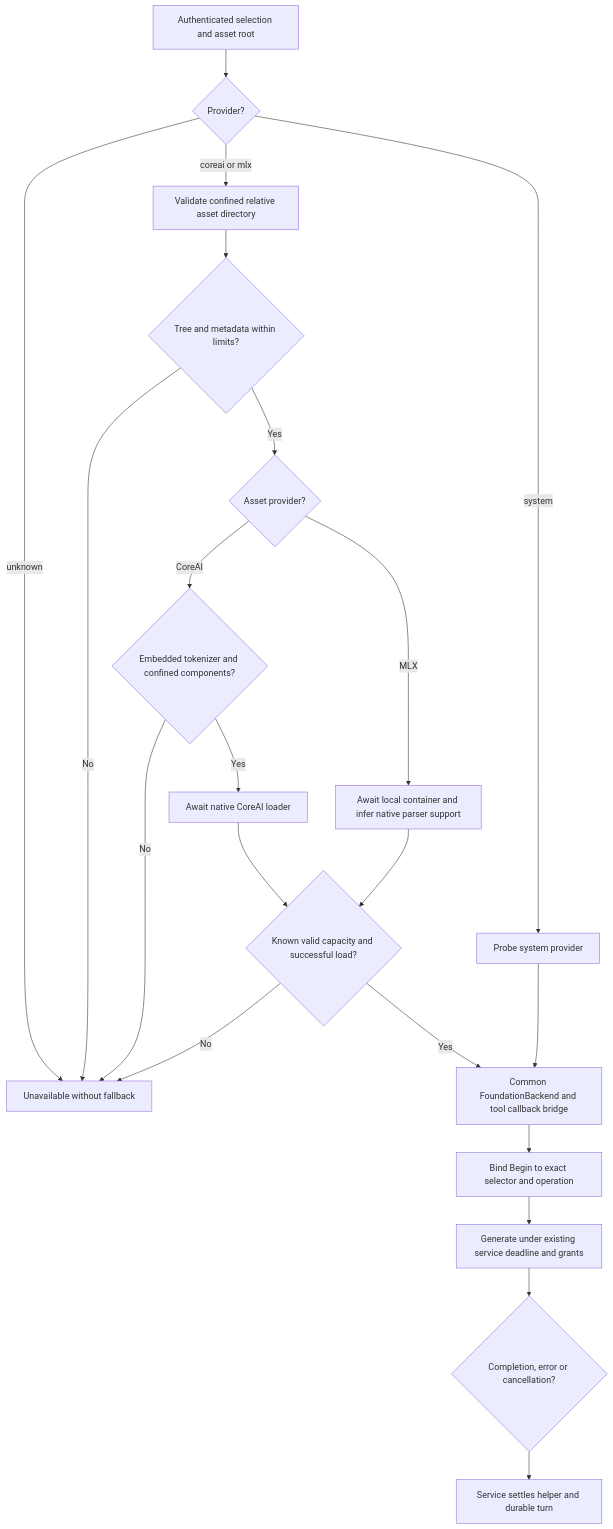
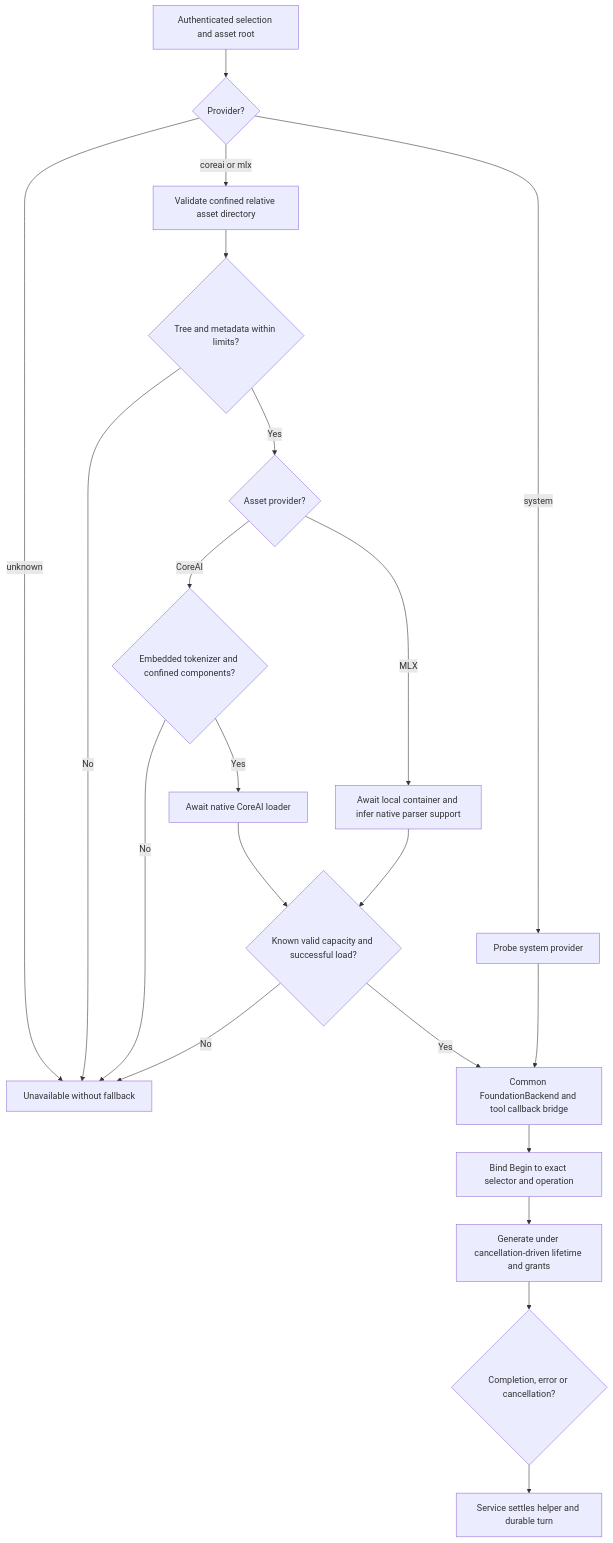
Before and after one commit to pidster/asura: the second of 8 diagrams in docs/designs/model-provider-integration.md, drawn with Mermaid. The commit also changed other lines of this file and 39 other files, not shown here.

````diff
--- a/docs/designs/model-provider-integration.md
+++ b/docs/designs/model-provider-integration.md
@@ -247,23 +256,23 @@
 ```mermaid
 flowchart TD
     Hello["Authenticated selection and asset root"] --> Select{"Provider?"}
     Select -->|system| System["Probe system provider"]
     Select -->|coreai or mlx| Path["Validate confined relative asset directory"]
     Select -->|unknown| Reject["Unavailable without fallback"]
     Path --> Tree{"Tree and metadata within limits?"}
     Tree -->|No| Reject
     Tree -->|Yes| Kind{"Asset provider?"}
     Kind -->|CoreAI| Embedded{"Embedded tokenizer and confined components?"}
     Embedded -->|No| Reject
     Embedded -->|Yes| Core["Await native CoreAI loader"]
     Kind -->|MLX| Mlx["Await local container and infer native parser support"]
     Core --> Capacity{"Known valid capacity and successful load?"}
     Mlx --> Capacity
     Capacity -->|No| Reject
     Capacity -->|Yes| Backend["Common FoundationBackend and tool callback bridge"]
     System --> Backend
     Backend --> Bound["Bind Begin to exact selector and operation"]
-    Bound --> Execute["Generate under existing service deadline and grants"]
+    Bound --> Execute["Generate under cancellation-driven lifetime and grants"]
     Execute --> End{"Completion, error or cancellation?"}
     End --> Settle["Service settles helper and durable turn"]
 ```
````
